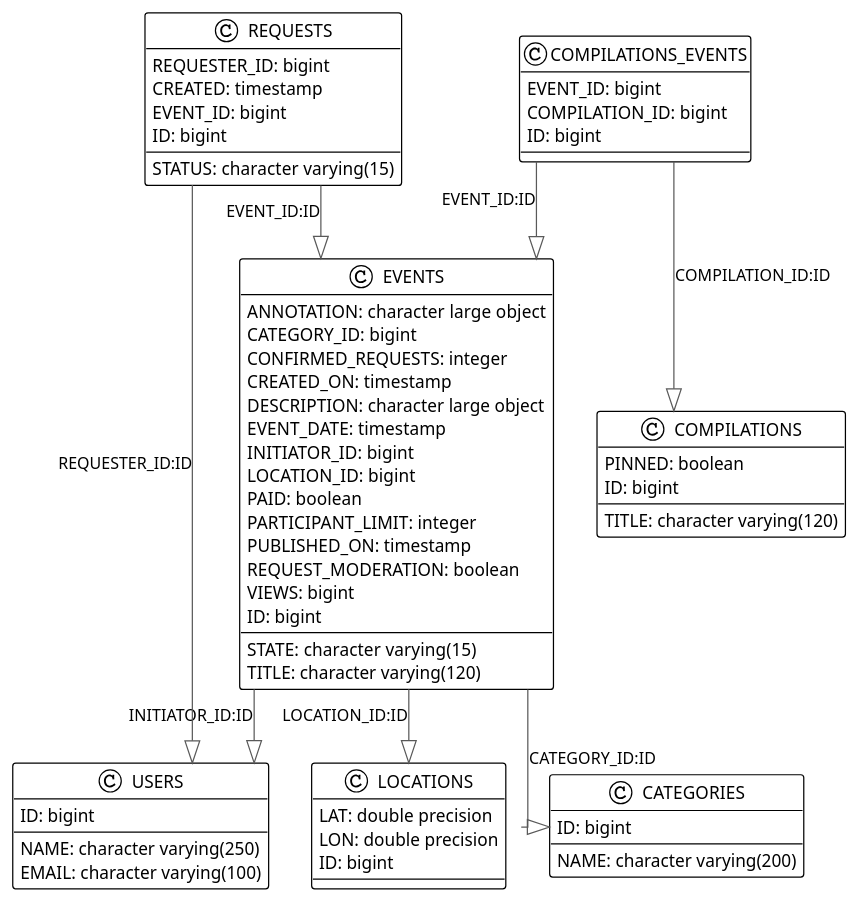
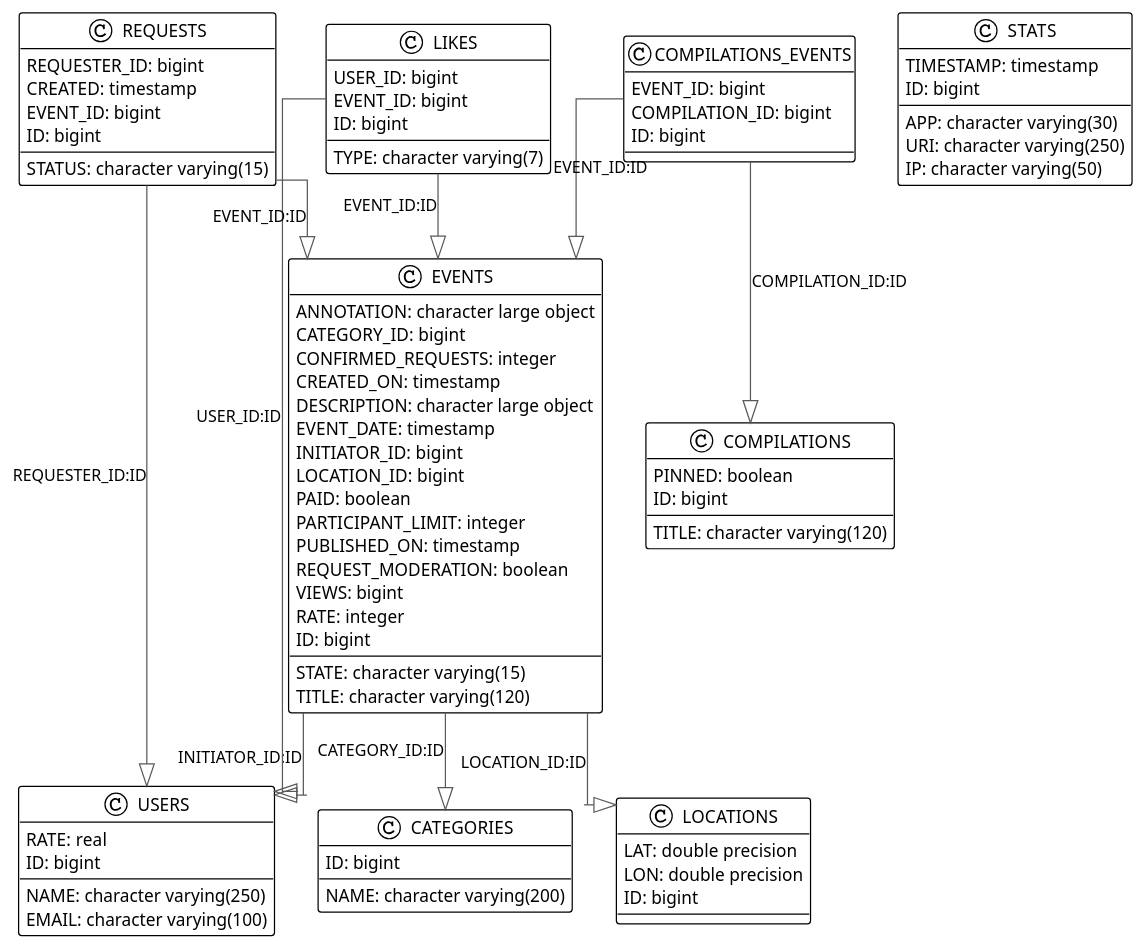
One commit to bannovdaniil/java-explore-with-me changed the diagram in uml/db-ewm.puml. Above: the diagram before and after it, drawn with PlantUML. The commit also changed 2 other files, not shown here.

```diff
--- a/uml/db-ewm.puml
+++ b/uml/db-ewm.puml
@@ -1,64 +1,81 @@
 @startuml
 
 !theme plain
 top to bottom direction
 skinparam linetype ortho
 
 class CATEGORIES {
    NAME: character varying(200)
    ID: bigint
 }
 class COMPILATIONS {
    TITLE: character varying(120)
    PINNED: boolean
    ID: bigint
 }
 class COMPILATIONS_EVENTS {
    EVENT_ID: bigint
    COMPILATION_ID: bigint
    ID: bigint
 }
 class EVENTS {
    ANNOTATION: character large object
    CATEGORY_ID: bigint
    CONFIRMED_REQUESTS: integer
    CREATED_ON: timestamp
    DESCRIPTION: character large object
    EVENT_DATE: timestamp
    INITIATOR_ID: bigint
    LOCATION_ID: bigint
    PAID: boolean
    PARTICIPANT_LIMIT: integer
    PUBLISHED_ON: timestamp
    REQUEST_MODERATION: boolean
    STATE: character varying(15)
    TITLE: character varying(120)
    VIEWS: bigint
+   RATE: integer
+   ID: bigint
+}
+class LIKES {
+   USER_ID: bigint
+   EVENT_ID: bigint
+   TYPE: character varying(7)
    ID: bigint
 }
 class LOCATIONS {
    LAT: double precision
    LON: double precision
    ID: bigint
 }
 class REQUESTS {
    REQUESTER_ID: bigint
    CREATED: timestamp
    STATUS: character varying(15)
    EVENT_ID: bigint
    ID: bigint
 }
+class STATS {
+   APP: character varying(30)
+   URI: character varying(250)
+   IP: character varying(50)
+   TIMESTAMP: timestamp
+   ID: bigint
+}
 class USERS {
    NAME: character varying(250)
    EMAIL: character varying(100)
+   RATE: real
    ID: bigint
 }
 
 COMPILATIONS_EVENTS  -[#595959,plain]-^  COMPILATIONS        : "COMPILATION_ID:ID"
 COMPILATIONS_EVENTS  -[#595959,plain]-^  EVENTS              : "EVENT_ID:ID"
 EVENTS               -[#595959,plain]-^  CATEGORIES          : "CATEGORY_ID:ID"
 EVENTS               -[#595959,plain]-^  LOCATIONS           : "LOCATION_ID:ID"
 EVENTS               -[#595959,plain]-^  USERS               : "INITIATOR_ID:ID"
+LIKES                -[#595959,plain]-^  EVENTS              : "EVENT_ID:ID"
+LIKES                -[#595959,plain]-^  USERS               : "USER_ID:ID"
 REQUESTS             -[#595959,plain]-^  EVENTS              : "EVENT_ID:ID"
 REQUESTS             -[#595959,plain]-^  USERS               : "REQUESTER_ID:ID"
 @enduml
```
